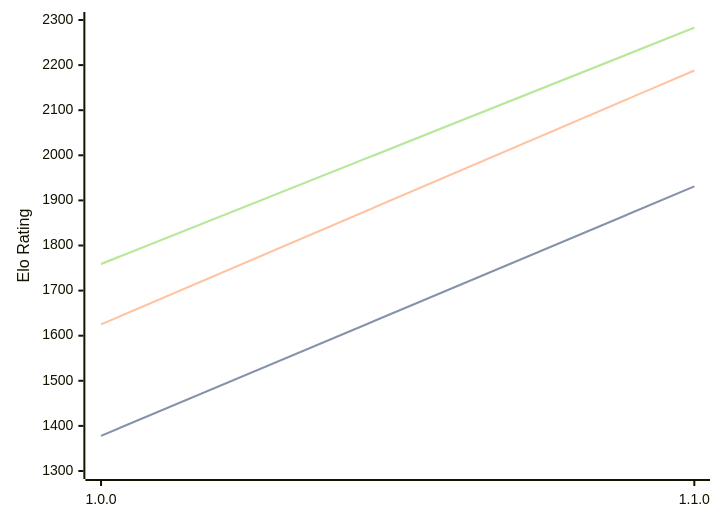
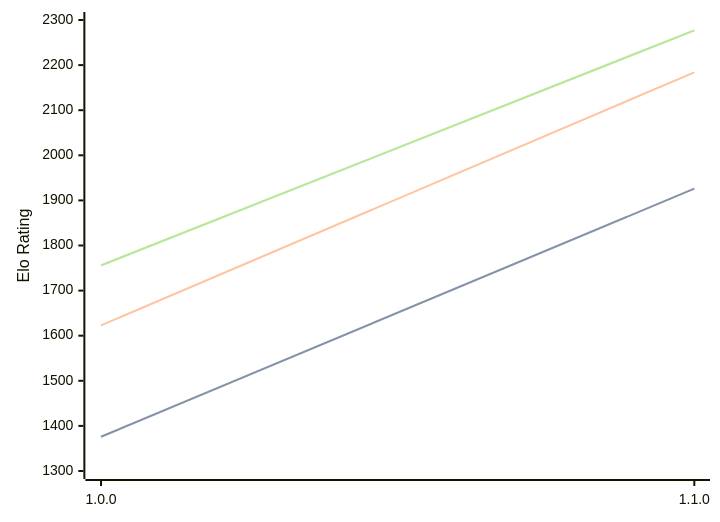
Before and after one commit to computer-chess-index/cci: the third of 3 diagrams in engines/Akerbeltz.md, drawn with Mermaid. The commit also changed other lines of this file, not shown here.

Commit message:
Update CCI Ratings (ELO VLTC) - 2026-07-16

````diff
--- a/engines/Akerbeltz.md
+++ b/engines/Akerbeltz.md
@@ -65,11 +65,11 @@
 ```mermaid
 %%{init: {"theme":"base","themeVariables":{"seriesColors:['#a3a3a3','#222221','#faa371']}}}%%
 xychart-beta
   x-axis ["1.0.0", "1.1.0"]
   y-axis "Elo Rating" 1300 --> 2300
-  line "STC (8.0+0.08s)" [1378, 1931]
-  line "STC (8.0+0.08s)" [1378, 1931]
-  line "LTC (60.0+0.60s)" [1625, 2188]
-  line "VLTC (2m24s+1.12s)" [1759, 2283]
-  line "VLTC (2m24s+1.12s)" [1759, 2283]
+  line "STC (8.0+0.08s)" [1376, 1926]
+  line "STC (8.0+0.08s)" [1376, 1926]
+  line "LTC (60.0+0.60s)" [1623, 2184]
+  line "VLTC (2m24s+1.12s)" [1756, 2277]
+  line "VLTC (2m24s+1.12s)" [1756, 2277]
 ```
````
